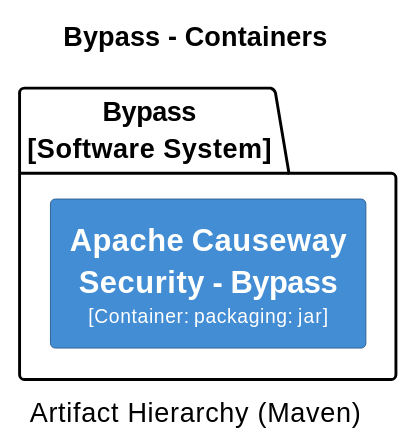
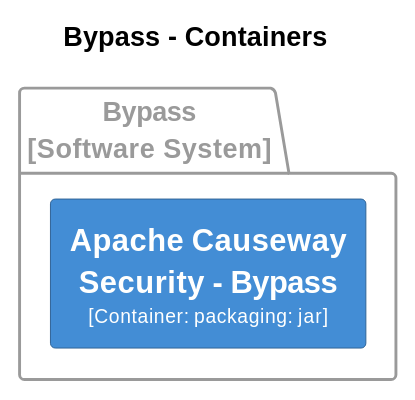
One commit to apache/causeway changed diagram 11 of 31 in core/adoc/modules/_overview/pages/about.adoc. Above: the diagram before and after it, drawn with PlantUML. The commit also changed other lines of this file and 7 other files, not shown here.

```diff
--- a/core/adoc/modules/_overview/pages/about.adoc
+++ b/core/adoc/modules/_overview/pages/about.adoc
@@ -2181,25 +2500,33 @@
 [plantuml,Bypass,svg]
 ----
-@startuml(id=Bypass)
+@startuml
+set separator none
 title Bypass - Containers
-caption Artifact Hierarchy (Maven)
+
+left to right direction
 
 skinparam {
   shadowing false
   arrowFontSize 10
   defaultTextAlignment center
   wrapWidth 200
   maxMessageSize 100
 }
+
 hide stereotype
-left to right direction
-skinparam rectangle<<2>> {
+
+skinparam rectangle<<Bypass.ApacheCausewaySecurityBypass>> {
   BackgroundColor #438dd5
   FontColor #fffffe
   BorderColor #2e6295
 }
-package "Bypass\n[Software System]" {
-  rectangle "==Apache Causeway Security - Bypass\n<size:10>[Container: packaging: jar]</size>" <<2>> as 2
+
+package "Bypass\n[Software System]" <<Bypass>> {
+  skinparam PackageBorderColor<<Bypass>> #9a9a9a
+  skinparam PackageFontColor<<Bypass>> #9a9a9a
+
+  rectangle "==Apache Causeway Security - Bypass\n<size:10>[Container: packaging: jar]</size>" <<Bypass.ApacheCausewaySecurityBypass>> as Bypass.ApacheCausewaySecurityBypass
 }
+
 @enduml
 ----
```
